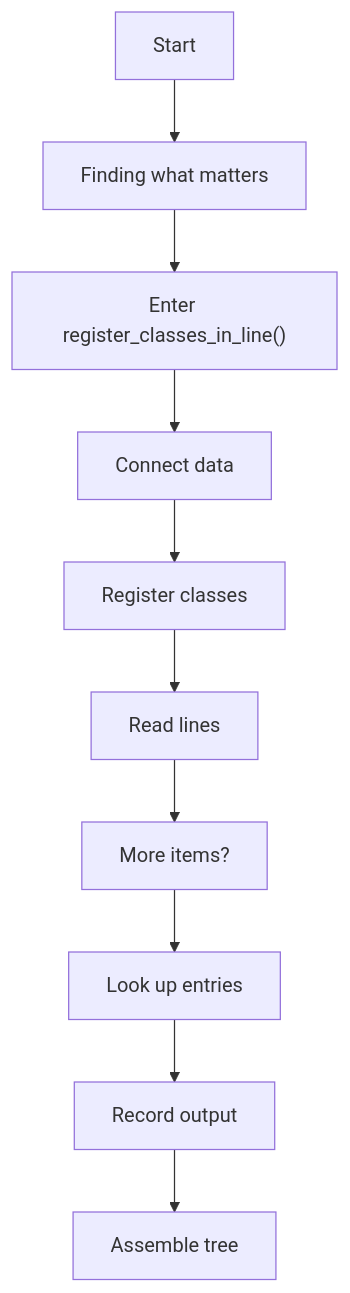
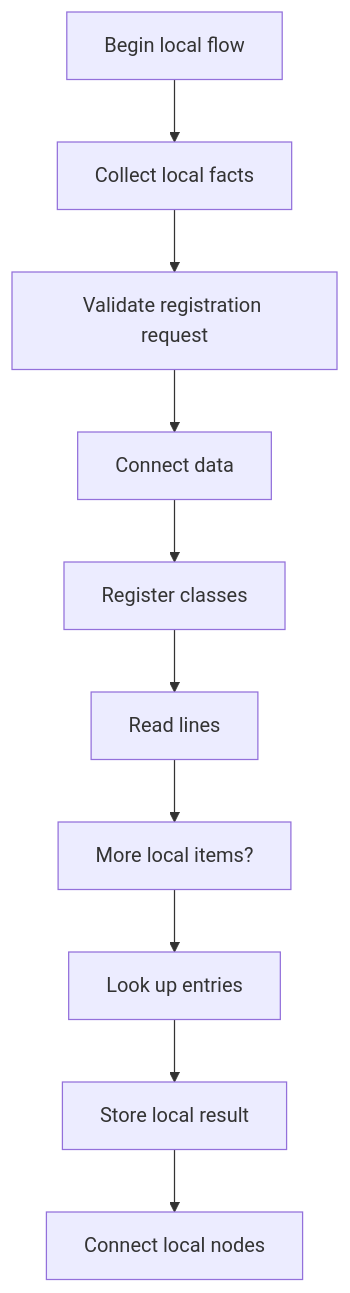
The first of 10 diagrams in docs/Codebase/Microservice/Modules/Source/Trees/ClassGeneration/Actual/Internal/registry.cpp.md (JohnAndrewBalbarosa/NeoTerritory), drawn with Mermaid before and after one commit. The commit also changed other lines of this file and 915 other files, not shown here.

````diff
--- a/docs/Codebase/Microservice/Modules/Source/Trees/ClassGeneration/Actual/Internal/registry.cpp.md
+++ b/docs/Codebase/Microservice/Modules/Source/Trees/ClassGeneration/Actual/Internal/registry.cpp.md
@@ -30,22 +29,22 @@
 ```mermaid
 flowchart TD
-    N0["Start"]
-    N1["Finding what matters"]
-    N2["Enter register_classes_in_line()"]
+    N0["Begin local flow"]
+    N1["Collect local facts"]
+    N2["Validate registration request"]
     N3["Connect data"]
     N4["Register classes"]
     N5["Read lines"]
-    N6["More items?"]
+    N6["More local items?"]
     N7["Look up entries"]
-    N8["Record output"]
-    N9["Assemble tree"]
+    N8["Store local result"]
+    N9["Connect local nodes"]
     N0 --> N1
     N1 --> N2
     N2 --> N3
     N3 --> N4
     N4 --> N5
     N5 --> N6
     N6 --> N7
     N7 --> N8
     N8 --> N9
 ```
````
